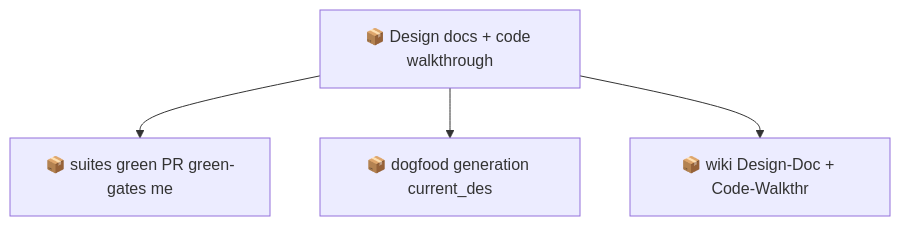
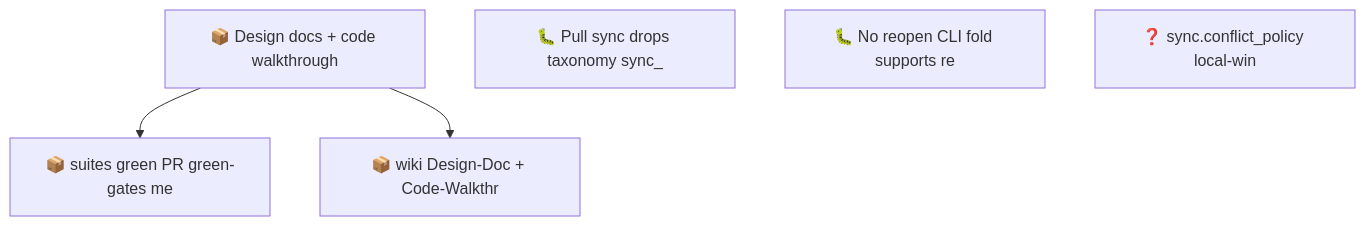
Before and after one commit to SpillwaveSolutions/wiki_ticket_sdd: the second of 2 diagrams in docs/roadmap.md, drawn with Mermaid. The commit also changed other lines of this file and 5 other files, not shown here.

First line of the commit message:
docs: first design doc + code walkthrough generation (v0.11.0, dogfood)

````diff
--- a/docs/roadmap.md
+++ b/docs/roadmap.md
@@ -53,10 +70,11 @@
 ```mermaid
 graph TD
     01KXY7X0QH47Z6B5QZD5G052FJ["📦 Design docs + code walkthrough"]
     01KXY7X0QJ79852RFK5Q8F6FZM["📦 suites green PR green-gates me"]
-    01KXY7X0QJQHZBCSCR438RFFMM["📦 dogfood generation current_des"]
     01KXY7X0QJY4JZWYYF2CA46B9G["📦 wiki Design-Doc + Code-Walkthr"]
+    01KXY8V5WZJ4E76B3D39KW5DCE["🐛 Pull sync drops taxonomy sync_"]
+    01KXY8V62QH1H1V70M0Y08ARXX["🐛 No reopen CLI fold supports re"]
+    01KXY8V686YPK4ET2XFB2KW2RX["❓ sync.conflict_policy local-win"]
     01KXY7X0QH47Z6B5QZD5G052FJ --> 01KXY7X0QJ79852RFK5Q8F6FZM
-    01KXY7X0QH47Z6B5QZD5G052FJ --> 01KXY7X0QJQHZBCSCR438RFFMM
     01KXY7X0QH47Z6B5QZD5G052FJ --> 01KXY7X0QJY4JZWYYF2CA46B9G
 ```
````
